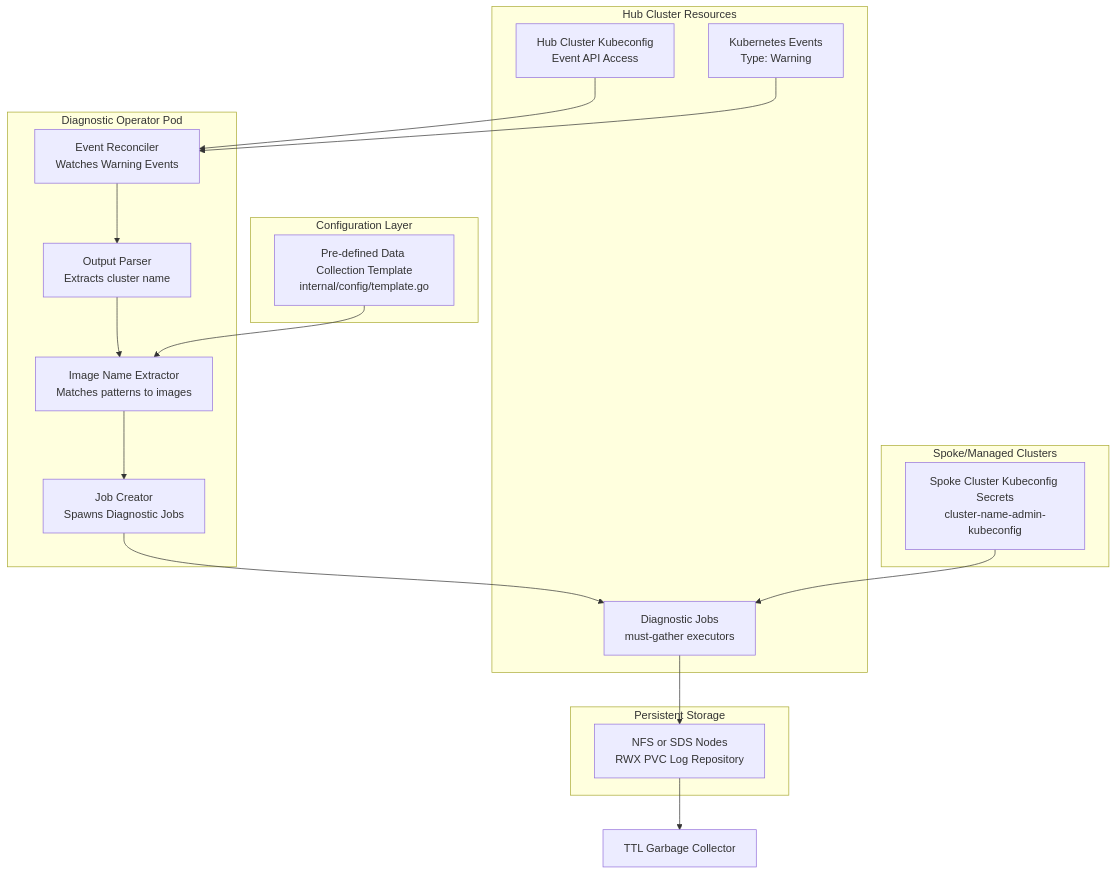
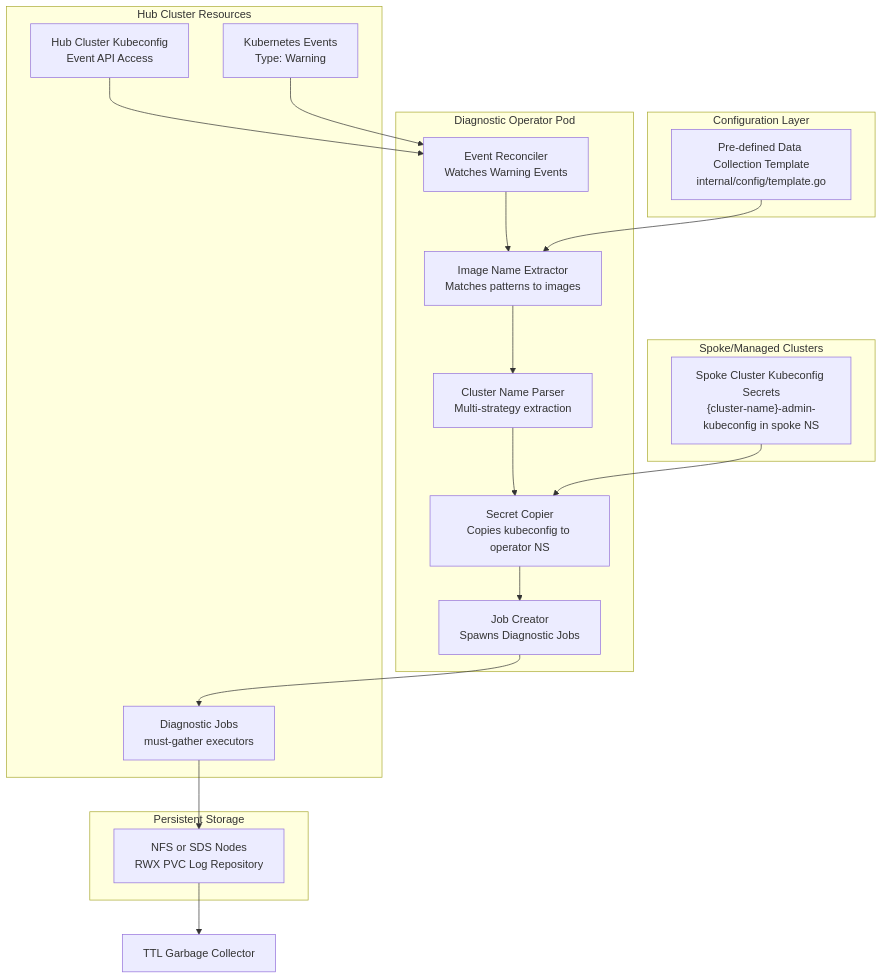
The second of 3 diagrams in README.md (mpmaruthu/event-driven-diagnostic-operator), drawn with Mermaid before and after one commit. The commit also changed other lines of this file, not shown here.

````diff
--- a/README.md
+++ b/README.md
@@ -98,38 +99,40 @@
 ```mermaid
 graph TB
     subgraph config [Configuration Layer]
         Template[Pre-defined Data Collection Template<br/>internal/config/template.go]
     end
     
     subgraph operator [Diagnostic Operator Pod]
         EventReconciler[Event Reconciler<br/>Watches Warning Events]
-        OutputParser[Output Parser<br/>Extracts cluster name]
         ImageExtractor[Image Name Extractor<br/>Matches patterns to images]
+        ClusterParser[Cluster Name Parser<br/>Multi-strategy extraction]
+        SecretCopier[Secret Copier<br/>Copies kubeconfig to operator NS]
         JobCreator[Job Creator<br/>Spawns Diagnostic Jobs]
     end
     
     subgraph hubCluster [Hub Cluster Resources]
         Events[Kubernetes Events<br/>Type: Warning]
         HubKubeconfig[Hub Cluster Kubeconfig<br/>Event API Access]
         Jobs[Diagnostic Jobs<br/>must-gather executors]
     end
     
     subgraph spokeCluster [Spoke/Managed Clusters]
-        SpokeKubeconfig[Spoke Cluster Kubeconfig Secrets<br/>cluster-name-admin-kubeconfig]
+        SpokeKubeconfig["Spoke Cluster Kubeconfig Secrets<br/>{cluster-name}-admin-kubeconfig in spoke NS"]
     end
     
     subgraph storage [Persistent Storage]
         StorageNodes[NFS or SDS Nodes<br/>RWX PVC Log Repository]
     end
     
     HubKubeconfig --> EventReconciler
     Events --> EventReconciler
-    EventReconciler --> OutputParser
-    OutputParser --> ImageExtractor
+    EventReconciler --> ImageExtractor
     Template --> ImageExtractor
-    ImageExtractor --> JobCreator
+    ImageExtractor --> ClusterParser
+    ClusterParser --> SecretCopier
+    SpokeKubeconfig --> SecretCopier
+    SecretCopier --> JobCreator
     JobCreator --> Jobs
-    SpokeKubeconfig --> Jobs
     Jobs --> StorageNodes
     StorageNodes --> GC[TTL Garbage Collector]
 ```
````
